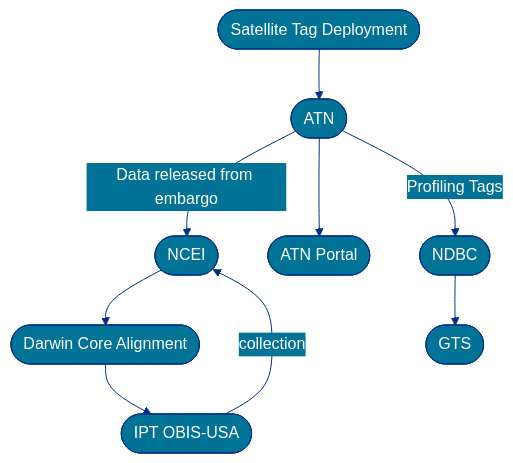
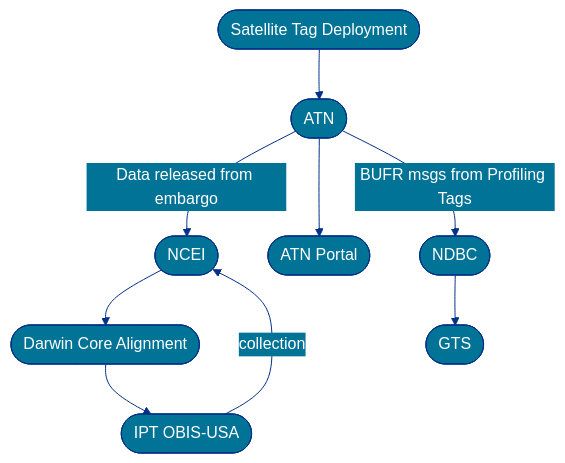
Before and after one commit to ioos/ioos-atn-data: the first of 2 diagrams in _docs/atn-archive.md, drawn with Mermaid.

````diff
--- a/_docs/atn-archive.md
+++ b/_docs/atn-archive.md
@@ -17,36 +17,36 @@
 ```mermaid
 %%{
   init: {
     'theme': 'base',
     'themeVariables': {
       'primaryColor': '#007396',
       'primaryTextColor': '#fff',
       'primaryBorderColor': '#003087',
       'lineColor': '#003087',
       'secondaryColor': '#007396',
       'tertiaryColor': '#CCD1D1'
     },
    'flowchart': { 'curve': 'basis' }
   }
 }%%
 
 flowchart TD
 
 A([Satellite Tag Deployment])
 B([ATN])
 D([NCEI])
 E([Darwin Core Alignment])
 F([IPT OBIS-USA])
 G([ATN Portal])
 H([NDBC])
 I([GTS])
 
 A --> B
 B -- Data released from embargo --> D
 D --> E
 E --> F
 B --> G
-B -- Profiling Tags --> H
+B -- BUFR msgs from Profiling Tags --> H
 H --> I
 F --collection--> D
 ```
````
